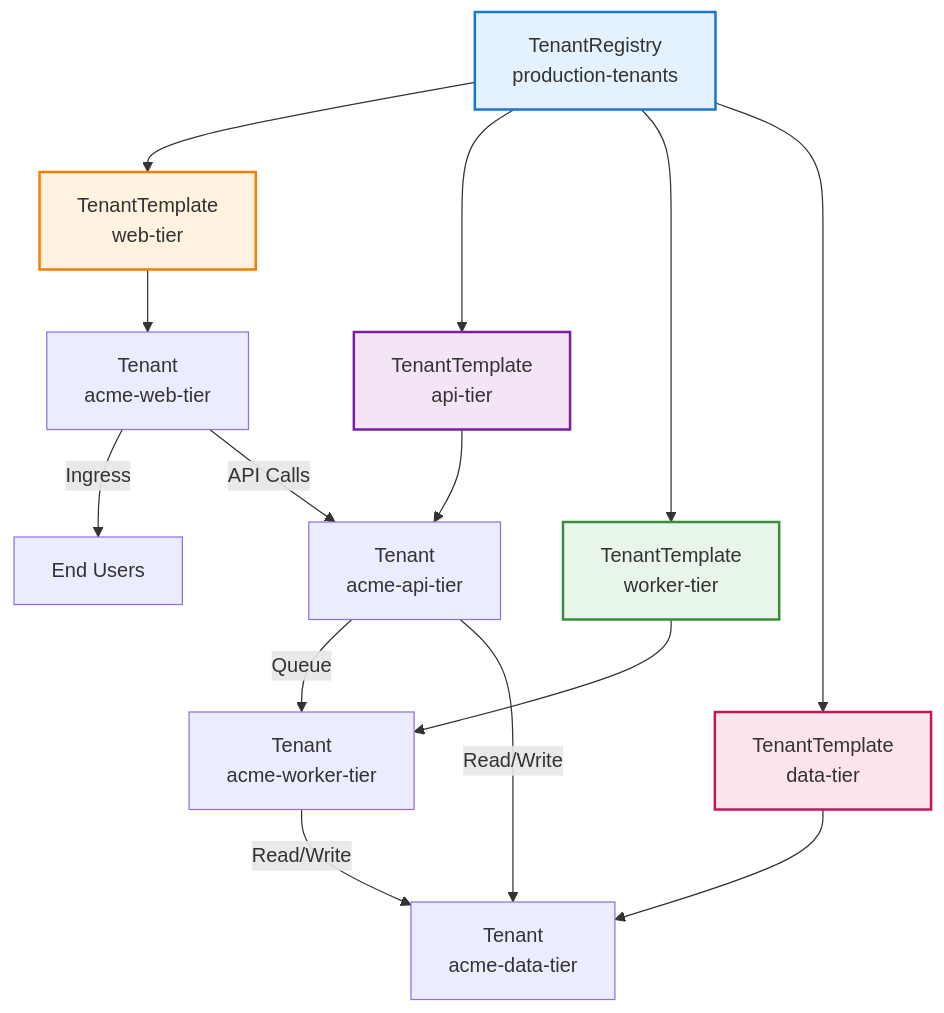
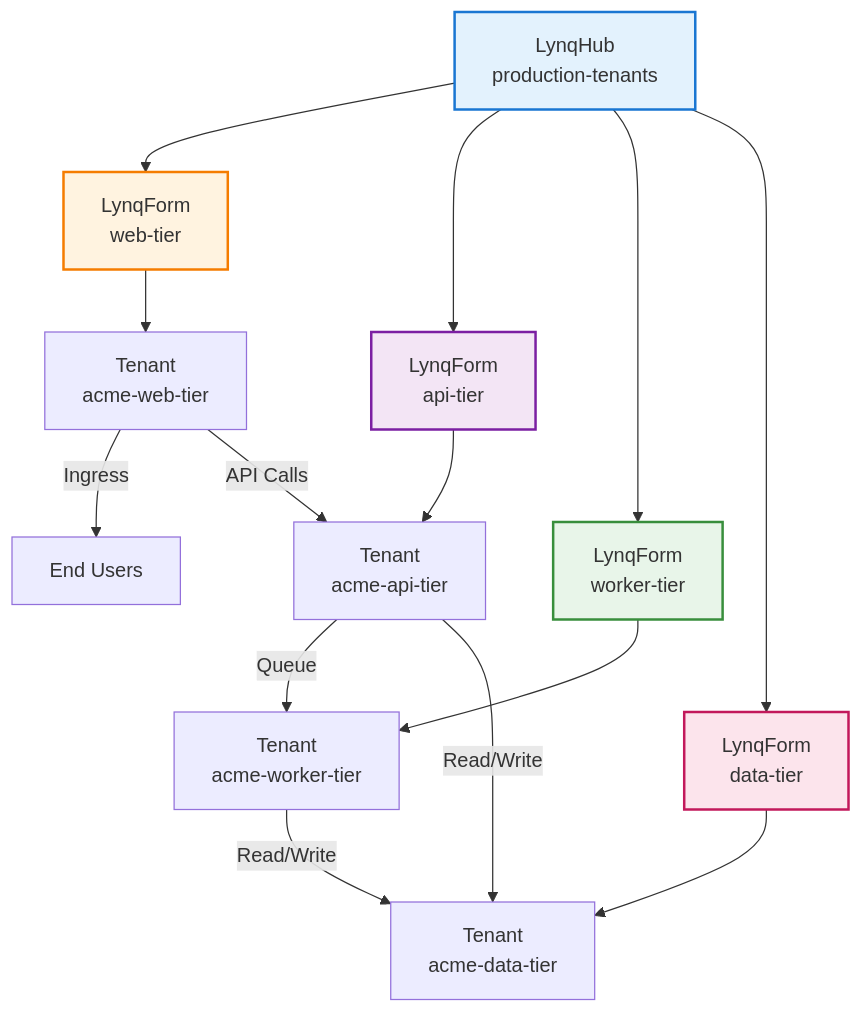
The diagram in docs/use-case-multi-tier.md (kubernetes-tenants/tenant-operator), drawn with Mermaid before and after one commit. The commit also changed other lines of this file and 193 other files, not shown here.

````diff
--- a/docs/use-case-multi-tier.md
+++ b/docs/use-case-multi-tier.md
@@ -9,36 +9,36 @@
 ```mermaid
 graph TB
-    Registry["TenantRegistry<br/>production-tenants"]
+    Registry["LynqHub<br/>production-tenants"]
 
-    WebTemplate["TenantTemplate<br/>web-tier"]
-    ApiTemplate["TenantTemplate<br/>api-tier"]
-    WorkerTemplate["TenantTemplate<br/>worker-tier"]
-    DataTemplate["TenantTemplate<br/>data-tier"]
+    WebTemplate["LynqForm<br/>web-tier"]
+    ApiTemplate["LynqForm<br/>api-tier"]
+    WorkerTemplate["LynqForm<br/>worker-tier"]
+    DataTemplate["LynqForm<br/>data-tier"]
 
     WebTenant["Tenant<br/>acme-web-tier"]
     ApiTenant["Tenant<br/>acme-api-tier"]
     WorkerTenant["Tenant<br/>acme-worker-tier"]
     DataTenant["Tenant<br/>acme-data-tier"]
 
     Registry --> WebTemplate
     Registry --> ApiTemplate
     Registry --> WorkerTemplate
     Registry --> DataTemplate
 
     WebTemplate --> WebTenant
     ApiTemplate --> ApiTenant
     WorkerTemplate --> WorkerTenant
     DataTemplate --> DataTenant
 
     WebTenant -->|Ingress| Users[End Users]
     WebTenant -->|API Calls| ApiTenant
     ApiTenant -->|Queue| WorkerTenant
     ApiTenant -->|Read/Write| DataTenant
     WorkerTenant -->|Read/Write| DataTenant
 
     style Registry fill:#e3f2fd,stroke:#1976d2,stroke-width:2px
     style WebTemplate fill:#fff3e0,stroke:#f57c00,stroke-width:2px
     style ApiTemplate fill:#f3e5f5,stroke:#7b1fa2,stroke-width:2px
     style WorkerTemplate fill:#e8f5e9,stroke:#388e3c,stroke-width:2px
     style DataTemplate fill:#fce4ec,stroke:#c2185b,stroke-width:2px
 ```
````
